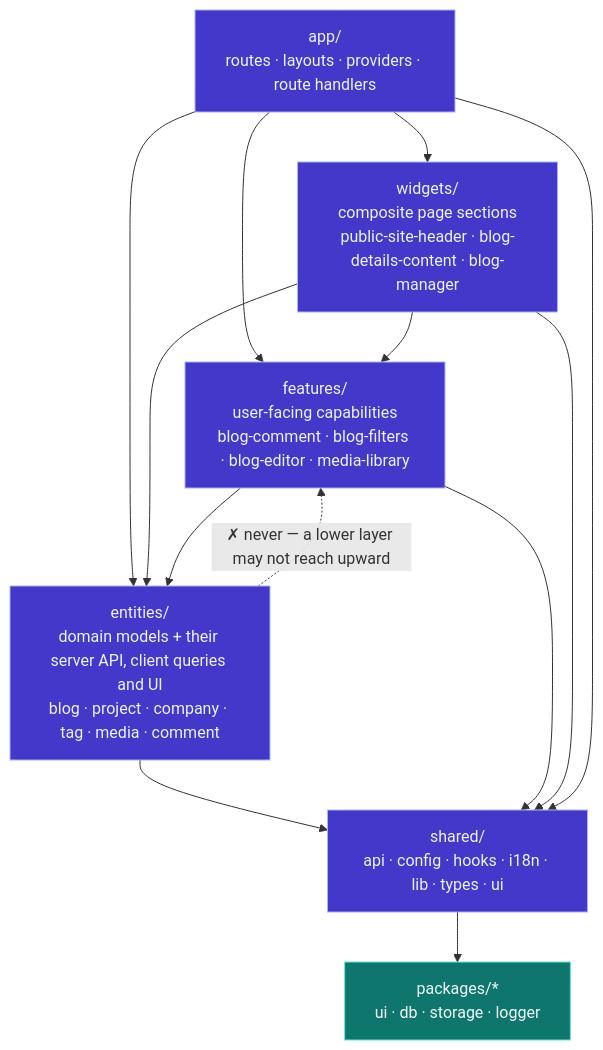
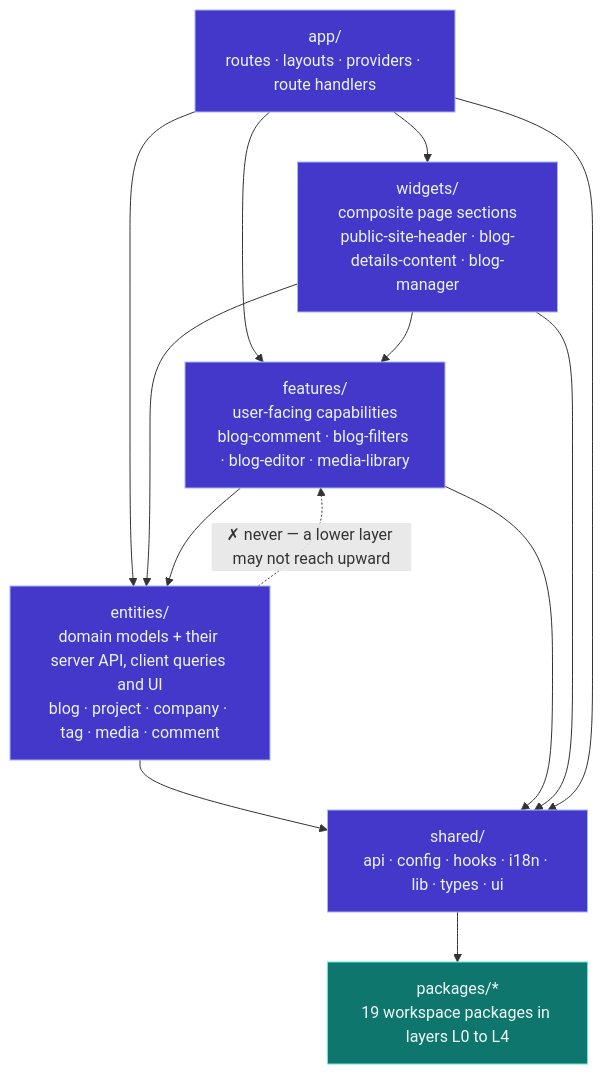
One commit to lthphuw/byte-of-me changed the fourth of 9 diagrams in docs/architecture.md. Above: the diagram before and after it, drawn with Mermaid. The commit also changed other lines of this file and 14 other files, not shown here.

````diff
--- a/docs/architecture.md
+++ b/docs/architecture.md
@@ -299,29 +296,29 @@
 ```mermaid
 flowchart TB
     APP["app/<br/>routes · layouts · providers · route handlers"]
     WID["widgets/<br/>composite page sections<br/>public-site-header · blog-details-content · blog-manager"]
     FEAT["features/<br/>user-facing capabilities<br/>blog-comment · blog-filters · blog-editor · media-library"]
     ENT["entities/<br/>domain models + their server API, client queries and UI<br/>blog · project · company · tag · media · comment"]
     SH["shared/<br/>api · config · hooks · i18n · lib · types · ui"]
-    PKG["packages/*<br/>ui · db · storage · logger"]
+    PKG["packages/*<br/>19 workspace packages in layers L0 to L4"]
 
     APP --> WID
     APP --> FEAT
     APP --> ENT
     WID --> FEAT
     WID --> ENT
     FEAT --> ENT
     ENT --> SH
     FEAT --> SH
     WID --> SH
     APP --> SH
     SH --> PKG
 
     ENT -.->|"✗ never — a lower layer may not reach upward"| FEAT
 
     classDef app fill:#4338ca,stroke:#a5b4fc,color:#eef2ff
     classDef pkg fill:#0f766e,stroke:#5eead4,color:#f0fdfa
 
     class APP,WID,FEAT,ENT,SH app
     class PKG pkg
 ```
````
